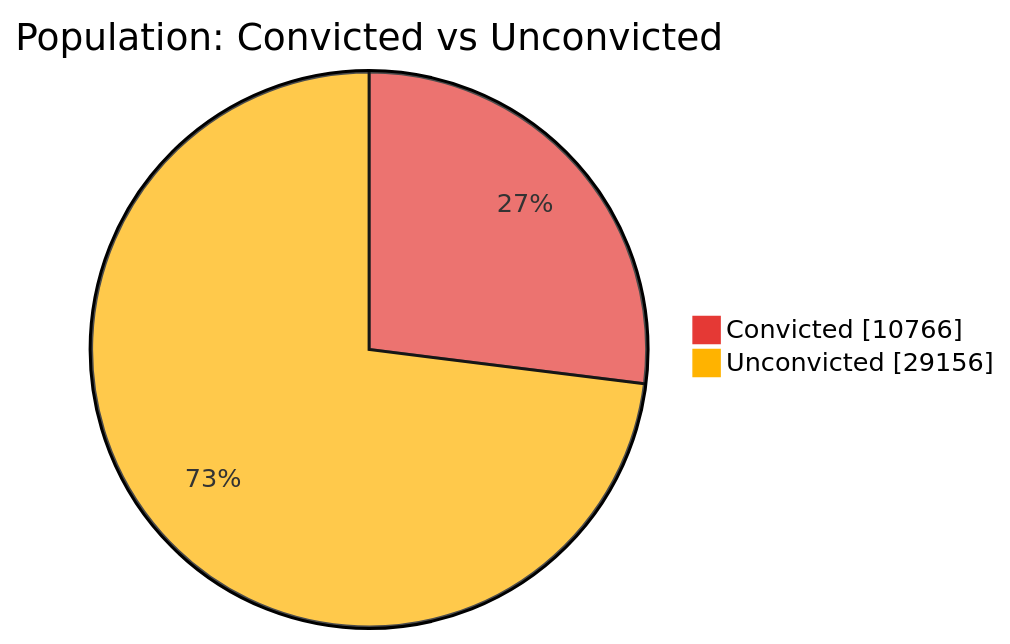
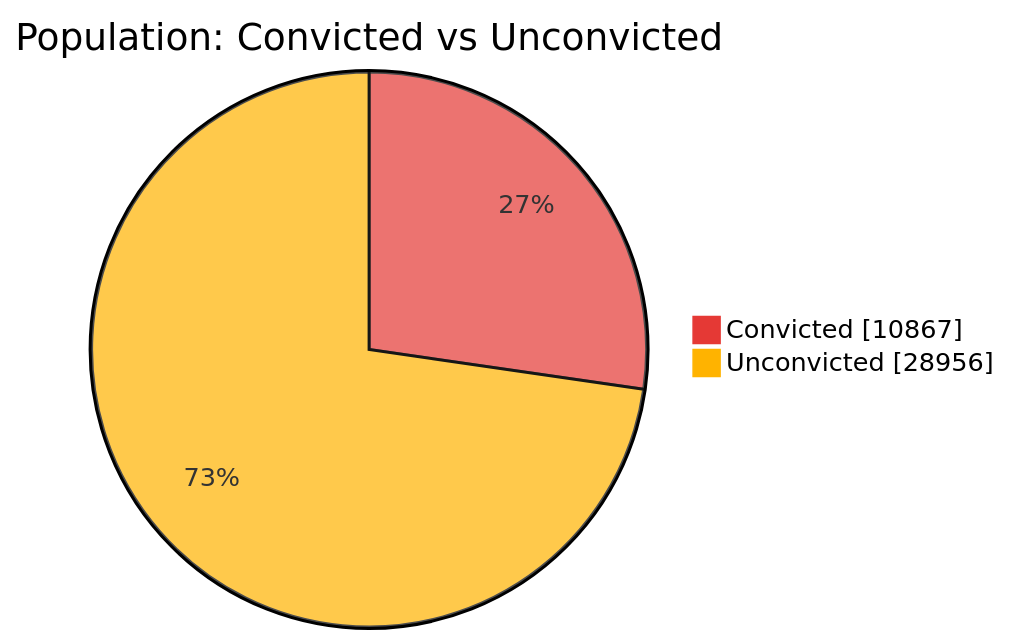
The first of 7 diagrams in README.md (nuuuwan/lk_prisons), drawn with Mermaid before and after one commit. The commit also changed other lines of this file and 1 other file, not shown here.

````diff
--- a/README.md
+++ b/README.md
@@ -43,6 +43,6 @@
 ```mermaid
 %%{init: {'themeVariables': {'pie1': '#E53935', 'pie2': '#FFB300'}}}%%
 pie showData title Population: Convicted vs Unconvicted
-    "Convicted" : 10766
-    "Unconvicted" : 29156
+    "Convicted" : 10867
+    "Unconvicted" : 28956
 ```
````
